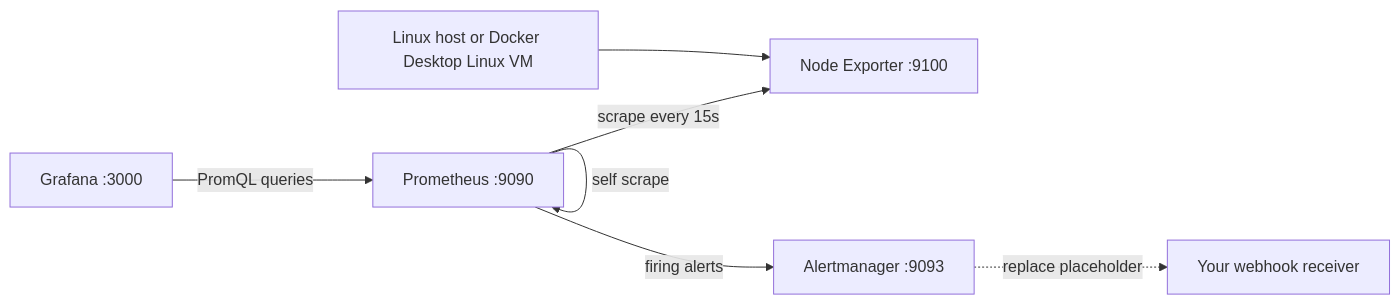
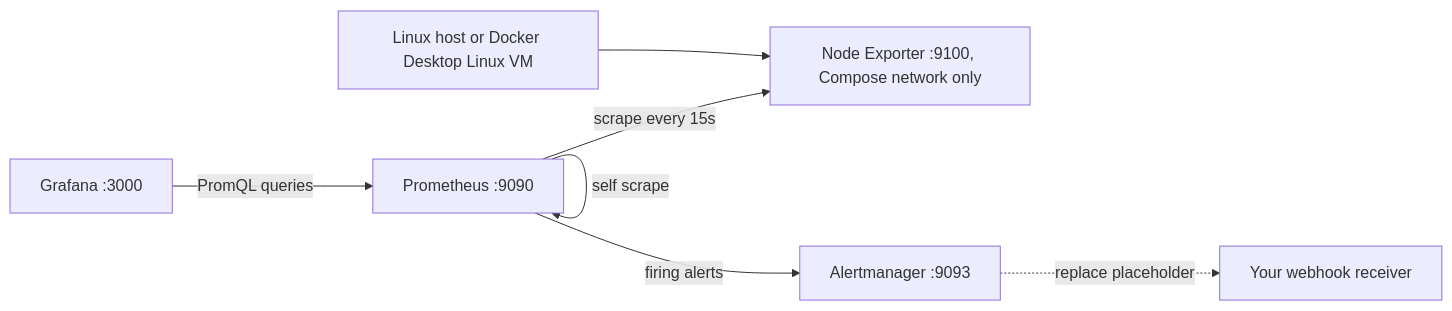
One commit to yellowlotuscg/prometheus-grafana-homelab-stack changed the diagram in README.md. Above: the diagram before and after it, drawn with Mermaid. The commit also changed other lines of this file and 1 other file, not shown here.

````diff
--- a/README.md
+++ b/README.md
@@ -7,9 +9,9 @@
 ```mermaid
 flowchart LR
-    Host[Linux host or Docker Desktop Linux VM] --> Exporter[Node Exporter :9100]
+    Host[Linux host or Docker Desktop Linux VM] --> Exporter[Node Exporter :9100, Compose network only]
     Prometheus[Prometheus :9090] -->|scrape every 15s| Exporter
     Prometheus -->|self scrape| Prometheus
     Grafana[Grafana :3000] -->|PromQL queries| Prometheus
     Prometheus -->|firing alerts| Alertmanager[Alertmanager :9093]
     Alertmanager -.->|replace placeholder| Webhook[Your webhook receiver]
 ```
````
